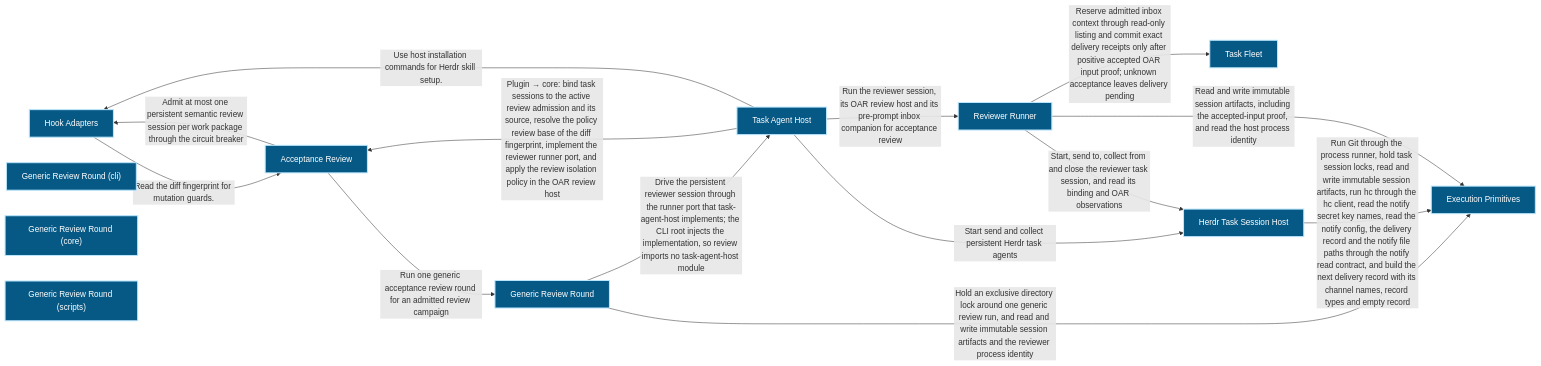
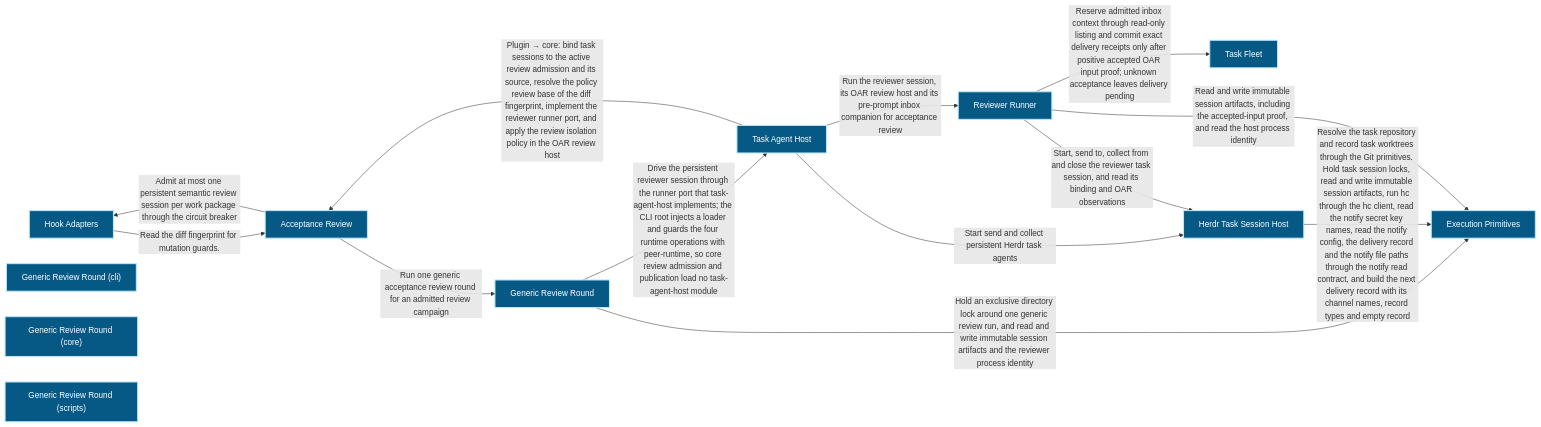
One commit to Ancienttwo/repo-harness changed the first of 3 diagrams in docs/architecture/modules/verification/acceptance-review.md. Above: the diagram before and after it, drawn with Mermaid. The commit also changed other lines of this file and 7 other files, not shown here.

First line of the commit message:
chore(projection): refresh generated architecture outputs for main@aa71b3b4eb6c

````diff
--- a/docs/architecture/modules/verification/acceptance-review.md
+++ b/docs/architecture/modules/verification/acceptance-review.md
@@ -16,31 +16,30 @@
 ```mermaid
 flowchart LR
   p1_capability_organization_task_fleet_134b5125["Task Fleet"]:::component
   p1_capability_runtime_harness_hook_adapters_75a11743["Hook Adapters"]:::component
   p1_capability_runtime_harness_task_agent_host_d81dadb6["Task Agent Host"]:::component
   p1_capability_verification_acceptance_review_f80a24d6["Acceptance Review"]:::component
   p1_capability_workflow_engine_execution_primitives_b3033934["Execution Primitives"]:::component
   p1_component_acceptance_review_primary_b86fb286["Generic Review Round"]:::component
   p1_component_acceptance_review_primary_cli_16f323d1["Generic Review Round (cli)"]:::component
   p1_component_acceptance_review_primary_core_dad45fa1["Generic Review Round (core)"]:::component
   p1_component_acceptance_review_primary_scripts_fb66eb00["Generic Review Round (scripts)"]:::component
   p1_component_task_agent_host_primary_d8453f09["Herdr Task Session Host"]:::component
   p1_component_task_agent_host_review_runner_c2379e1e["Reviewer Runner"]:::component
   p1_capability_verification_acceptance_review_f80a24d6 -->|"Admit at most one persistent semantic review session per work package through the circuit breaker"| p1_capability_runtime_harness_hook_adapters_75a11743
   p1_capability_verification_acceptance_review_f80a24d6 -->|"Run one generic acceptance review round for an admitted review campaign"| p1_component_acceptance_review_primary_b86fb286
   p1_component_acceptance_review_primary_b86fb286 -->|"Hold an exclusive directory lock around one generic review run#44; and read and write immutable session artifacts and the reviewer process identity"| p1_capability_workflow_engine_execution_primitives_b3033934
-  p1_component_acceptance_review_primary_b86fb286 -->|"Drive the persistent reviewer session through the runner port that task-agent-host implements#59; the CLI root injects the implementation#44; so review imports no task-agent-host module"| p1_capability_runtime_harness_task_agent_host_d81dadb6
+  p1_component_acceptance_review_primary_b86fb286 -->|"Drive the persistent reviewer session through the runner port that task-agent-host implements#59; the CLI root injects a loader and guards the four runtime operations with peer-runtime#44; so core review admission and publication load no task-agent-host module"| p1_capability_runtime_harness_task_agent_host_d81dadb6
   p1_capability_runtime_harness_hook_adapters_75a11743 -->|"Read the diff fingerprint for mutation guards."| p1_capability_verification_acceptance_review_f80a24d6
   p1_capability_runtime_harness_task_agent_host_d81dadb6 -->|"Plugin → core: bind task sessions to the active review admission and its source#44; resolve the policy review base of the diff fingerprint#44; implement the reviewer runner port#44; and apply the review isolation policy in the OAR review host"| p1_capability_verification_acceptance_review_f80a24d6
-  p1_capability_runtime_harness_task_agent_host_d81dadb6 -->|"Use host installation commands for Herdr skill setup."| p1_capability_runtime_harness_hook_adapters_75a11743
   p1_capability_runtime_harness_task_agent_host_d81dadb6 -->|"Start send and collect persistent Herdr task agents"| p1_component_task_agent_host_primary_d8453f09
-  p1_component_task_agent_host_primary_d8453f09 -->|"Run Git through the process runner#44; hold task session locks#44; read and write immutable session artifacts#44; run hc through the hc client#44; read the notify secret key names#44; read the notify config#44; the delivery record and the notify file paths through the notify read contract#44; and build the next delivery record with its channel names#44; record types and empty record"| p1_capability_workflow_engine_execution_primitives_b3033934
+  p1_component_task_agent_host_primary_d8453f09 -->|"Resolve the task repository and record task worktrees through the Git primitives. Hold task session locks#44; read and write immutable session artifacts#44; run hc through the hc client#44; read the notify secret key names#44; read the notify config#44; the delivery record and the notify file paths through the notify read contract#44; and build the next delivery record with its channel names#44; record types and empty record"| p1_capability_workflow_engine_execution_primitives_b3033934
   p1_capability_runtime_harness_task_agent_host_d81dadb6 -->|"Run the reviewer session#44; its OAR review host and its pre-prompt inbox companion for acceptance review"| p1_component_task_agent_host_review_runner_c2379e1e
   p1_component_task_agent_host_review_runner_c2379e1e -->|"Read and write immutable session artifacts#44; including the accepted-input proof#44; and read the host process identity"| p1_capability_workflow_engine_execution_primitives_b3033934
   p1_component_task_agent_host_review_runner_c2379e1e -->|"Start#44; send to#44; collect from and close the reviewer task session#44; and read its binding and OAR observations"| p1_component_task_agent_host_primary_d8453f09
   p1_component_task_agent_host_review_runner_c2379e1e -->|"Reserve admitted inbox context through read-only listing and commit exact delivery receipts only after positive accepted OAR input proof#59; unknown acceptance leaves delivery pending"| p1_capability_organization_task_fleet_134b5125
   classDef actor fill:#111827,color:#ffffff,stroke:#f9fafb,stroke-width:2px
   classDef component fill:#075985,color:#ffffff,stroke:#bae6fd,stroke-width:2px
   classDef datastore fill:#3f6212,color:#ffffff,stroke:#d9f99d,stroke-width:2px
   classDef external fill:#7c2d12,color:#ffffff,stroke:#fed7aa,stroke-width:2px
 ```
````
